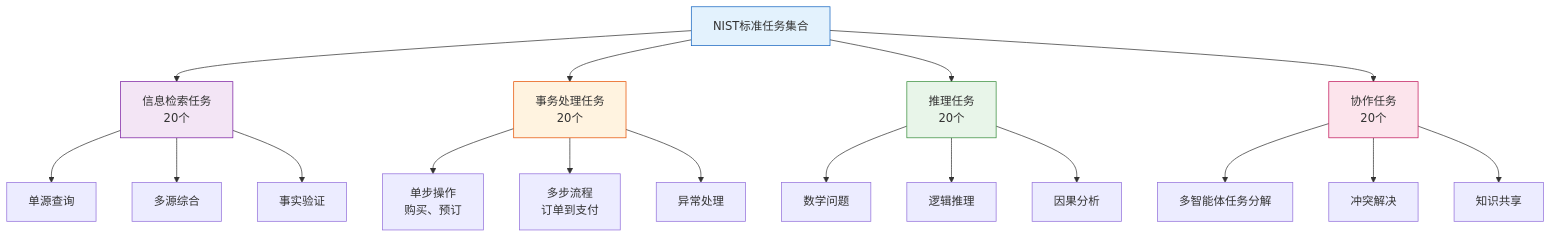
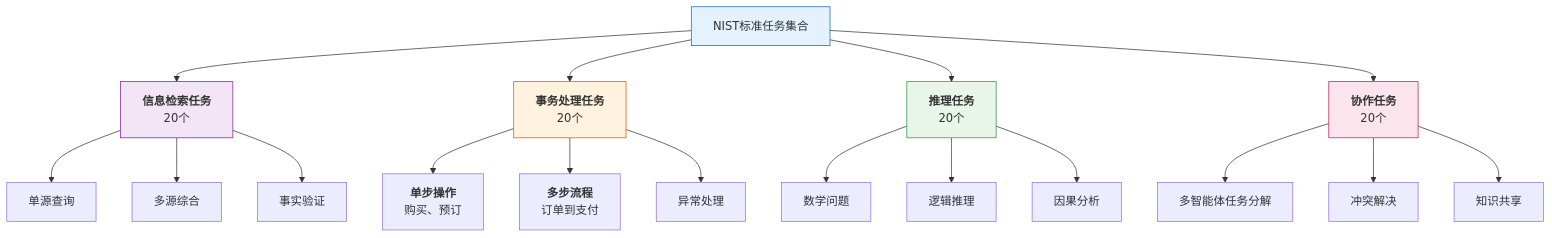
The second of 5 diagrams in 14_future/14.2_standardization.md (yeasy/harness_engineering_guide), drawn with Mermaid before and after one commit. The commit also changed other lines of this file and 26 other files, not shown here.

Commit message:
Add bold titles to Mermaid diagram nodes

````diff
--- a/14_future/14.2_standardization.md
+++ b/14_future/14.2_standardization.md
@@ -278,29 +278,29 @@
 ```mermaid
 graph TD
-    A["NIST标准任务集合"] --> B["信息检索任务<br/>20个"]
-    A --> C["事务处理任务<br/>20个"]
-    A --> D["推理任务<br/>20个"]
-    A --> E["协作任务<br/>20个"]
+    A["NIST标准任务集合"] --> B["<b>信息检索任务</b><br/>20个"]
+    A --> C["<b>事务处理任务</b><br/>20个"]
+    A --> D["<b>推理任务</b><br/>20个"]
+    A --> E["<b>协作任务</b><br/>20个"]
 
     B --> B1["单源查询"]
     B --> B2["多源综合"]
     B --> B3["事实验证"]
 
-    C --> C1["单步操作<br/>购买、预订"]
-    C --> C2["多步流程<br/>订单到支付"]
+    C --> C1["<b>单步操作</b><br/>购买、预订"]
+    C --> C2["<b>多步流程</b><br/>订单到支付"]
     C --> C3["异常处理"]
 
     D --> D1["数学问题"]
     D --> D2["逻辑推理"]
     D --> D3["因果分析"]
 
     E --> E1["多智能体任务分解"]
     E --> E2["冲突解决"]
     E --> E3["知识共享"]
 
     style A fill:#e3f2fd,stroke:#1565c0
     style B fill:#f3e5f5,stroke:#7b1fa2
     style C fill:#fff3e0,stroke:#e65100
     style D fill:#e8f5e9,stroke:#388e3c
     style E fill:#fce4ec,stroke:#c2185b
 ```
````
